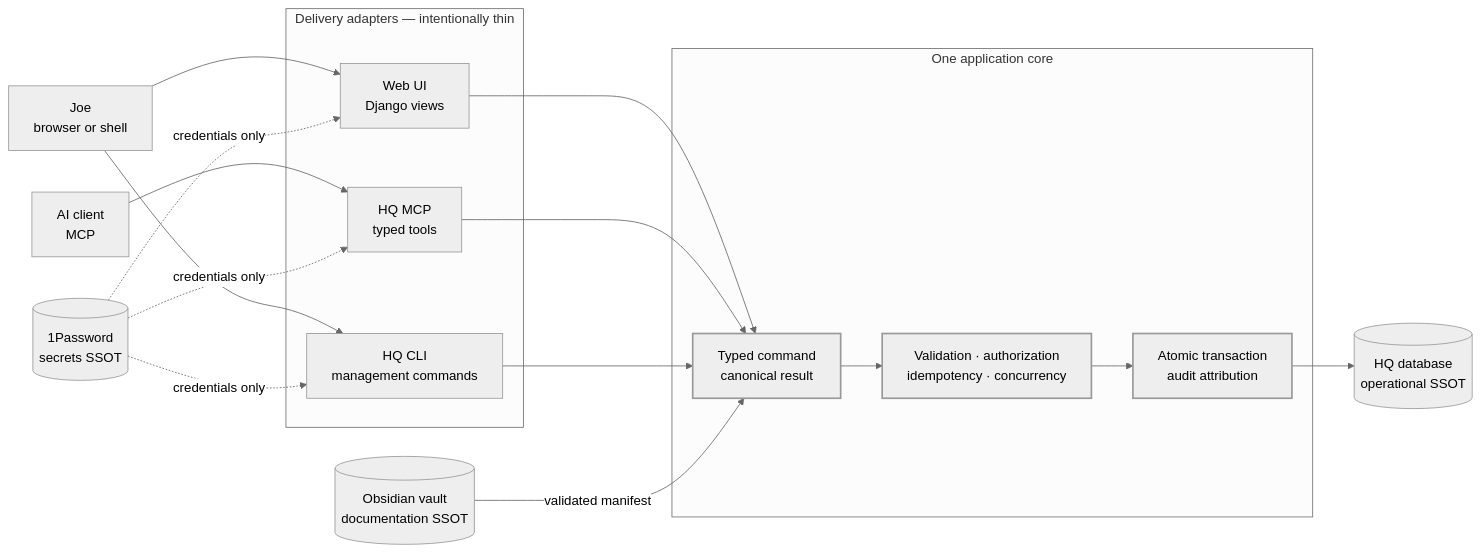
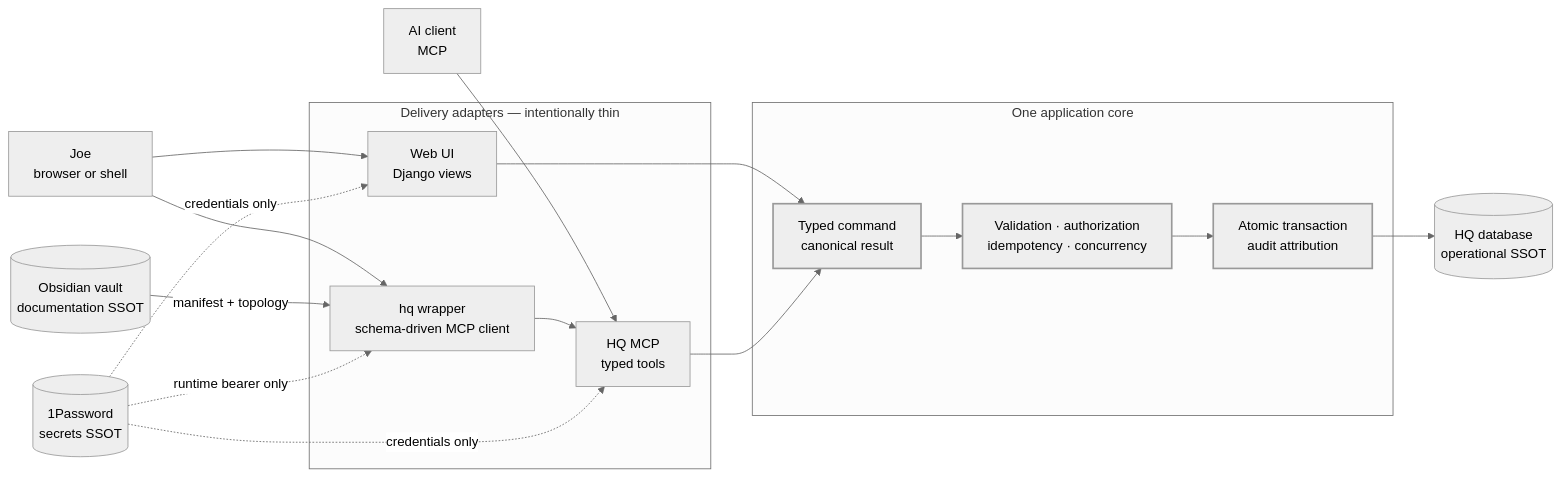
The diagram in docs/diagrams/application-core.mmd (joeseverino/severino-hq), drawn with Mermaid (neutral theme) before and after one commit. The commit also changed 31 other files, not shown here.

```diff
--- a/docs/diagrams/application-core.mmd
+++ b/docs/diagrams/application-core.mmd
@@ -1,36 +1,36 @@
 flowchart LR
     operator["Joe<br/>browser or shell"]
     agent["AI client<br/>MCP"]
 
     subgraph adapters["Delivery adapters — intentionally thin"]
         web["Web UI<br/>Django views"]
         mcp["HQ MCP<br/>typed tools"]
-        cli["HQ CLI<br/>management commands"]
+        cli["hq wrapper<br/>schema-driven MCP client"]
     end
 
     subgraph core["One application core"]
         contract["Typed command<br/>canonical result"]
         policy["Validation · authorization<br/>idempotency · concurrency"]
         transaction["Atomic transaction<br/>audit attribution"]
     end
 
     db[("HQ database<br/>operational SSOT")]
     vault[("Obsidian vault<br/>documentation SSOT")]
     secrets[("1Password<br/>secrets SSOT")]
 
     operator --> web
     operator --> cli
     agent --> mcp
 
     web --> contract
     mcp --> contract
-    cli --> contract
+    cli --> mcp
     contract --> policy --> transaction --> db
 
-    vault -->|"validated manifest"| contract
+    vault -->|"manifest + topology"| cli
     secrets -.->|"credentials only"| web
     secrets -.->|"credentials only"| mcp
-    secrets -.->|"credentials only"| cli
+    secrets -.->|"runtime bearer only"| cli
 
     classDef anchor stroke-width:2px;
     class contract,policy,transaction anchor;
```
